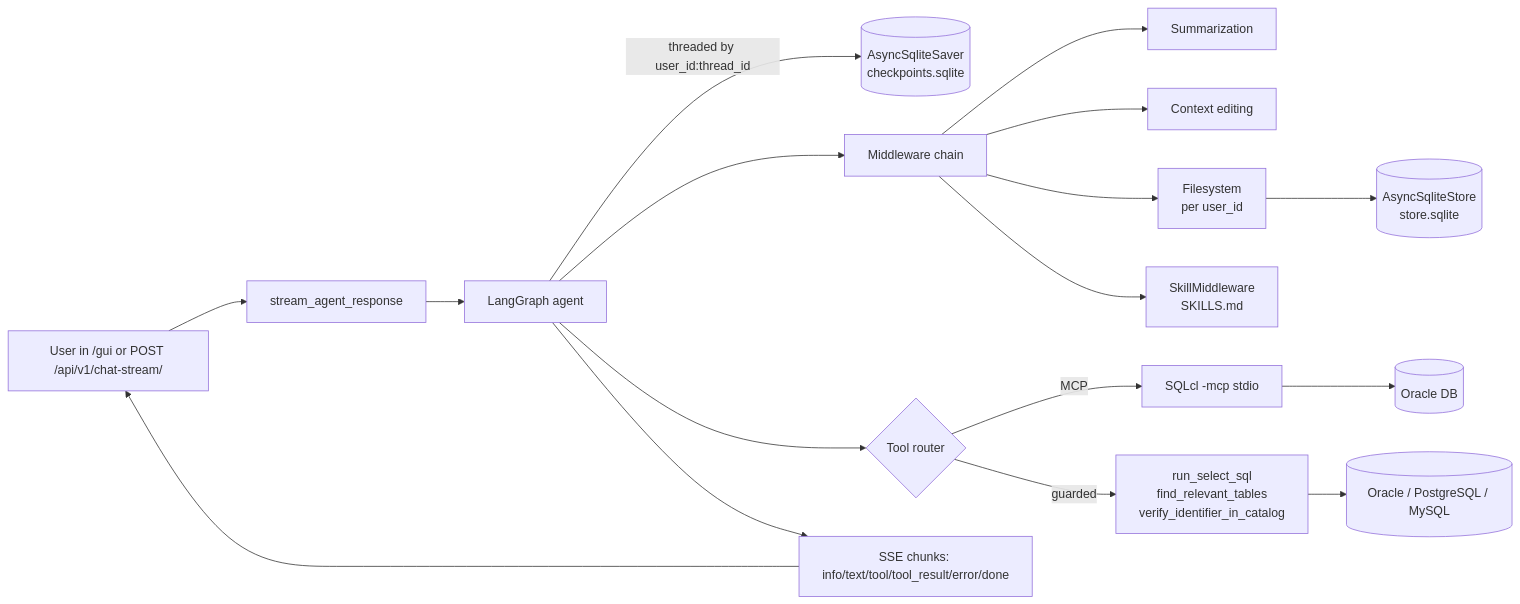
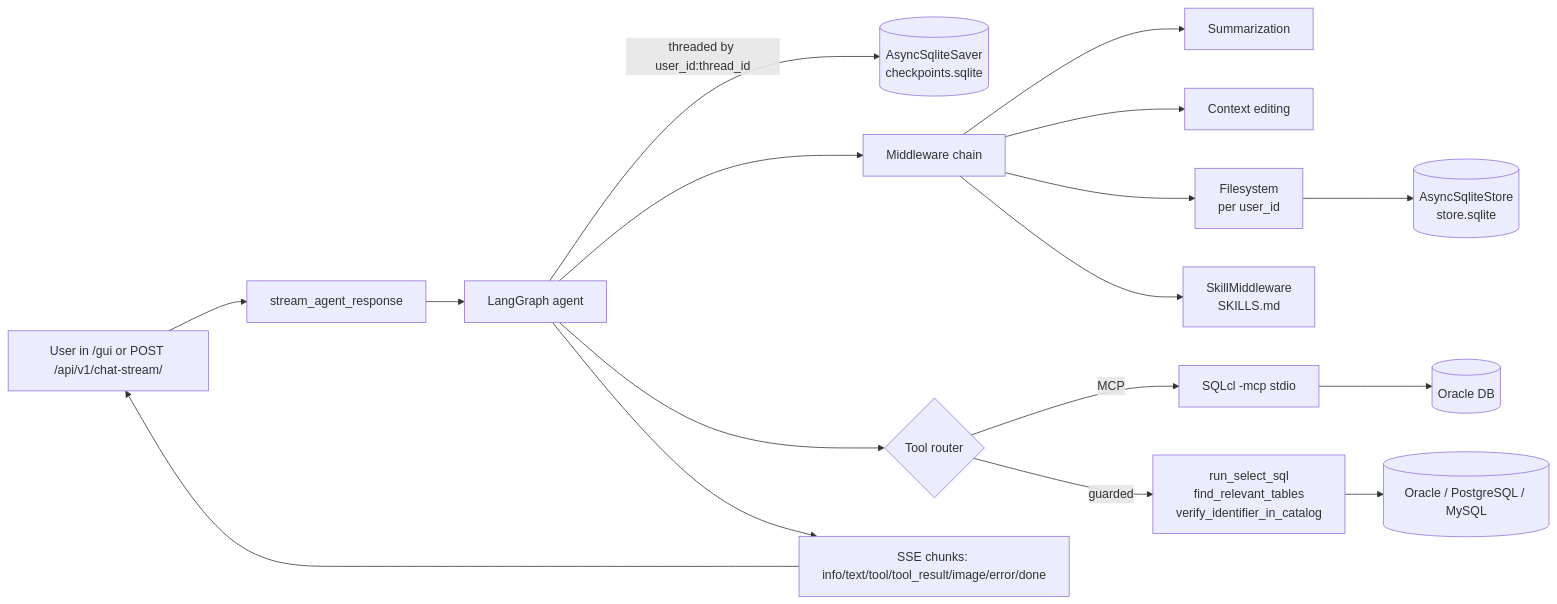
One commit to furbygaete/nl2sql-agent changed the diagram in README.md. Above: the diagram before and after it, drawn with Mermaid. The commit also changed other lines of this file and 23 other files, not shown here.

````diff
--- a/README.md
+++ b/README.md
@@ -9,19 +9,19 @@
 ```mermaid
 flowchart LR
   U[User in /gui or POST /api/v1/chat-stream/] --> Stream[stream_agent_response]
   Stream --> Agent[LangGraph agent]
   Agent -->|threaded by user_id:thread_id| Saver[(AsyncSqliteSaver<br/>checkpoints.sqlite)]
   Agent --> Mid[Middleware chain]
   Mid --> Sum[Summarization]
   Mid --> Edit[Context editing]
   Mid --> FS[Filesystem<br/>per user_id]
   FS --> Store[(AsyncSqliteStore<br/>store.sqlite)]
   Mid --> Skills[SkillMiddleware<br/>SKILLS.md]
   Agent --> Tools{Tool router}
   Tools -->|MCP| SQLcl[SQLcl -mcp stdio]
   SQLcl --> Oracle[(Oracle DB)]
   Tools -->|guarded| Safe[run_select_sql<br/>find_relevant_tables<br/>verify_identifier_in_catalog]
   Safe --> DB[(Oracle / PostgreSQL / MySQL)]
-  Agent --> SSE[SSE chunks: info/text/tool/tool_result/error/done]
+  Agent --> SSE[SSE chunks: info/text/tool/tool_result/image/error/done]
   SSE --> U
 ```
````
